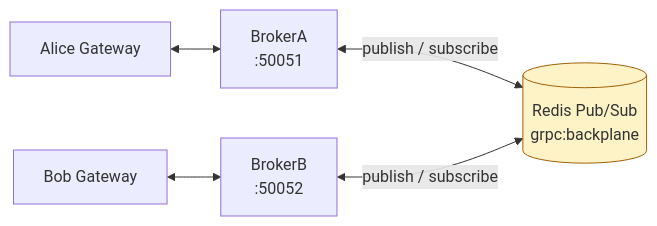
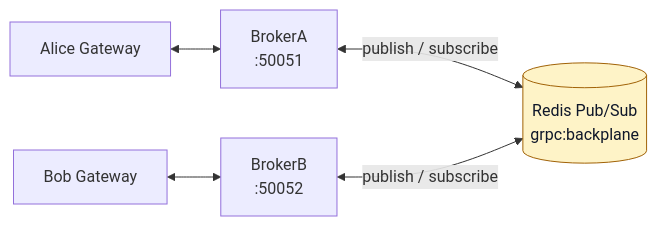
One commit to fev0ks/LearnGoLang changed the second of 2 diagrams in docs/senior-golang-study/07-message-brokers-and-streaming/07-grpc-streaming.md. Above: the diagram before and after it, drawn with Mermaid. The commit also changed 3 other files, not shown here.

````diff
--- a/docs/senior-golang-study/07-message-brokers-and-streaming/07-grpc-streaming.md
+++ b/docs/senior-golang-study/07-message-brokers-and-streaming/07-grpc-streaming.md
@@ -290,15 +290,15 @@
 ```mermaid
 flowchart LR
     Alice[Alice Gateway]
     BrokerA[BrokerA<br/>:50051]
     Redis[(Redis Pub/Sub<br/>grpc:backplane)]
     BrokerB[BrokerB<br/>:50052]
     Bob[Bob Gateway]
 
     Alice <--> BrokerA
     Bob <--> BrokerB
     BrokerA <-->|publish / subscribe| Redis
     BrokerB <-->|publish / subscribe| Redis
 
-    style Redis fill:#fef3c7,stroke:#a16207
+    style Redis fill:#fef3c7,stroke:#a16207,color:#0f172a
 ```
````
